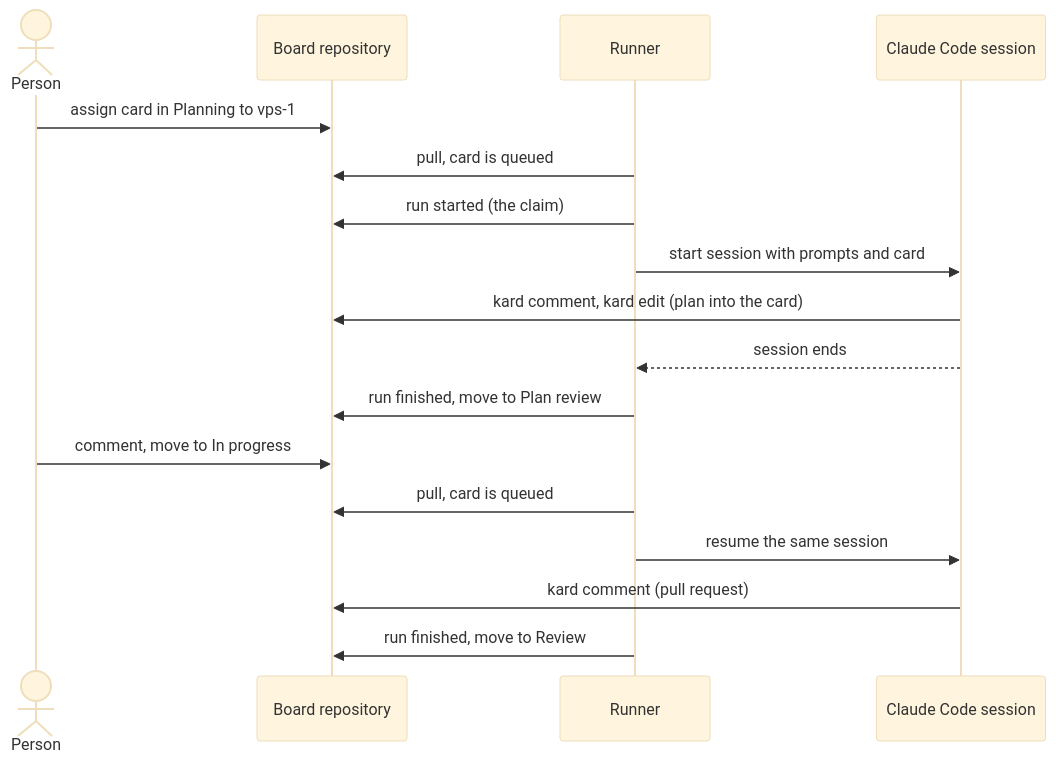
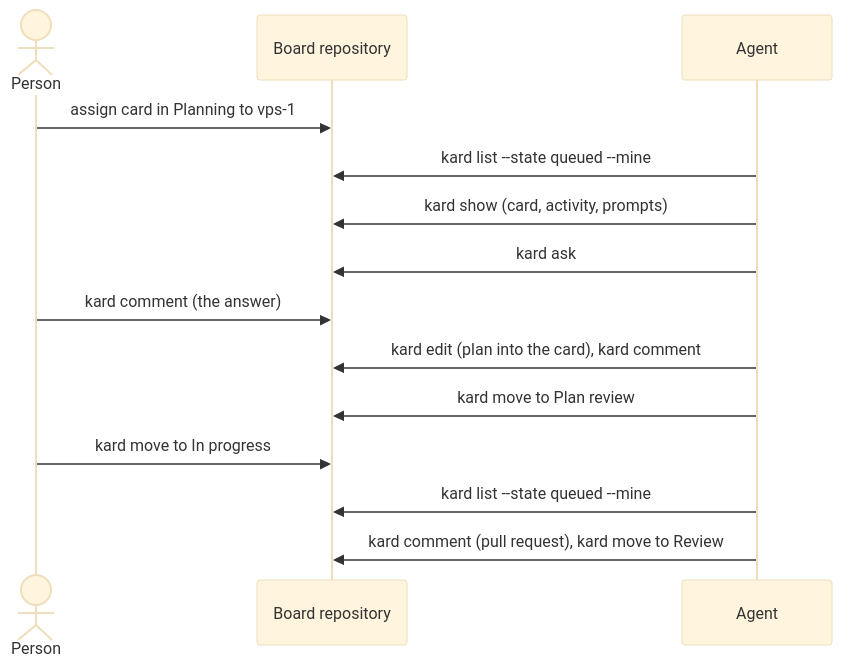
The second of 2 diagrams in docs/agents.md (dvpnk/kardboard), drawn with Mermaid (base theme) before and after one commit. The commit also changed other lines of this file and 11 other files, not shown here.

First line of the commit message:
feat: agents work cards without runs: kard list --state, prompts in kard show --json

````diff
--- a/docs/agents.md
+++ b/docs/agents.md
@@ -154,20 +169,17 @@
 ```mermaid
 sequenceDiagram
   actor P as Person
   participant G as Board repository
-  participant R as Runner
-  participant C as Claude Code session
+  participant A as Agent
 
   P->>G: assign card in Planning to vps-1
-  R->>G: pull, card is queued
-  R->>G: run started (the claim)
-  R->>C: start session with prompts and card
-  C->>G: kard comment, kard edit (plan into the card)
-  C-->>R: session ends
-  R->>G: run finished, move to Plan review
-  P->>G: comment, move to In progress
-  R->>G: pull, card is queued
-  R->>C: resume the same session
-  C->>G: kard comment (pull request)
-  R->>G: run finished, move to Review
+  A->>G: kard list --state queued --mine
+  A->>G: kard show (card, activity, prompts)
+  A->>G: kard ask
+  P->>G: kard comment (the answer)
+  A->>G: kard edit (plan into the card), kard comment
+  A->>G: kard move to Plan review
+  P->>G: kard move to In progress
+  A->>G: kard list --state queued --mine
+  A->>G: kard comment (pull request), kard move to Review
 ```
````
